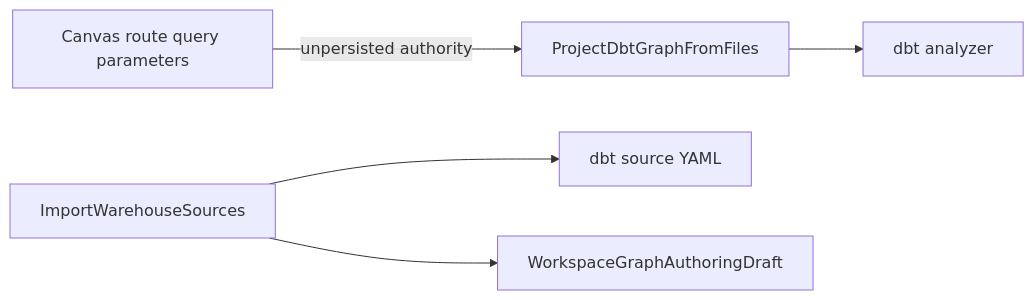
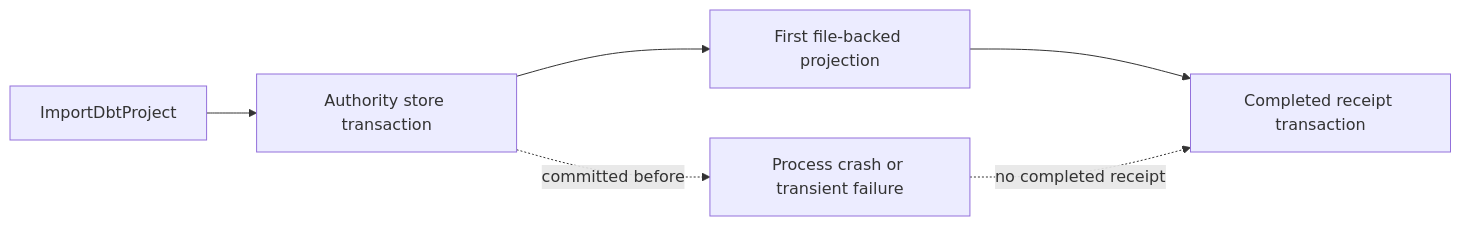
One commit to dunay2/dvt changed the first of 4 diagrams in docs/architecture/components/web/graph/dbt-project-import-and-source-authority-component.md. Above: the diagram before and after it, drawn with Mermaid. The commit also changed other lines of this file and 2 other files, not shown here.

Commit message:
docs(api): Model crash-safe dbt import process ownership

````diff
--- a/docs/architecture/components/web/graph/dbt-project-import-and-source-authority-component.md
+++ b/docs/architecture/components/web/graph/dbt-project-import-and-source-authority-component.md
@@ -36,14 +38,14 @@
 ```mermaid
 flowchart LR
-  Route[Canvas route query parameters]
-  Projection[ProjectDbtGraphFromFiles]
-  Analyzer[dbt analyzer]
-  SourceImport[ImportWarehouseSources]
-  Yaml[dbt source YAML]
-  Draft[WorkspaceGraphAuthoringDraft]
+  Import[ImportDbtProject]
+  Authority[Authority store transaction]
+  Projection[First file-backed projection]
+  Receipt[Completed receipt transaction]
+  Crash[Process crash or transient failure]
 
-  Route -->|unpersisted authority| Projection
-  Projection --> Analyzer
-  SourceImport --> Yaml
-  SourceImport --> Draft
+  Import --> Authority
+  Authority --> Projection
+  Projection --> Receipt
+  Authority -. committed before .-> Crash
+  Crash -. no completed receipt .-> Receipt
 ```
````
